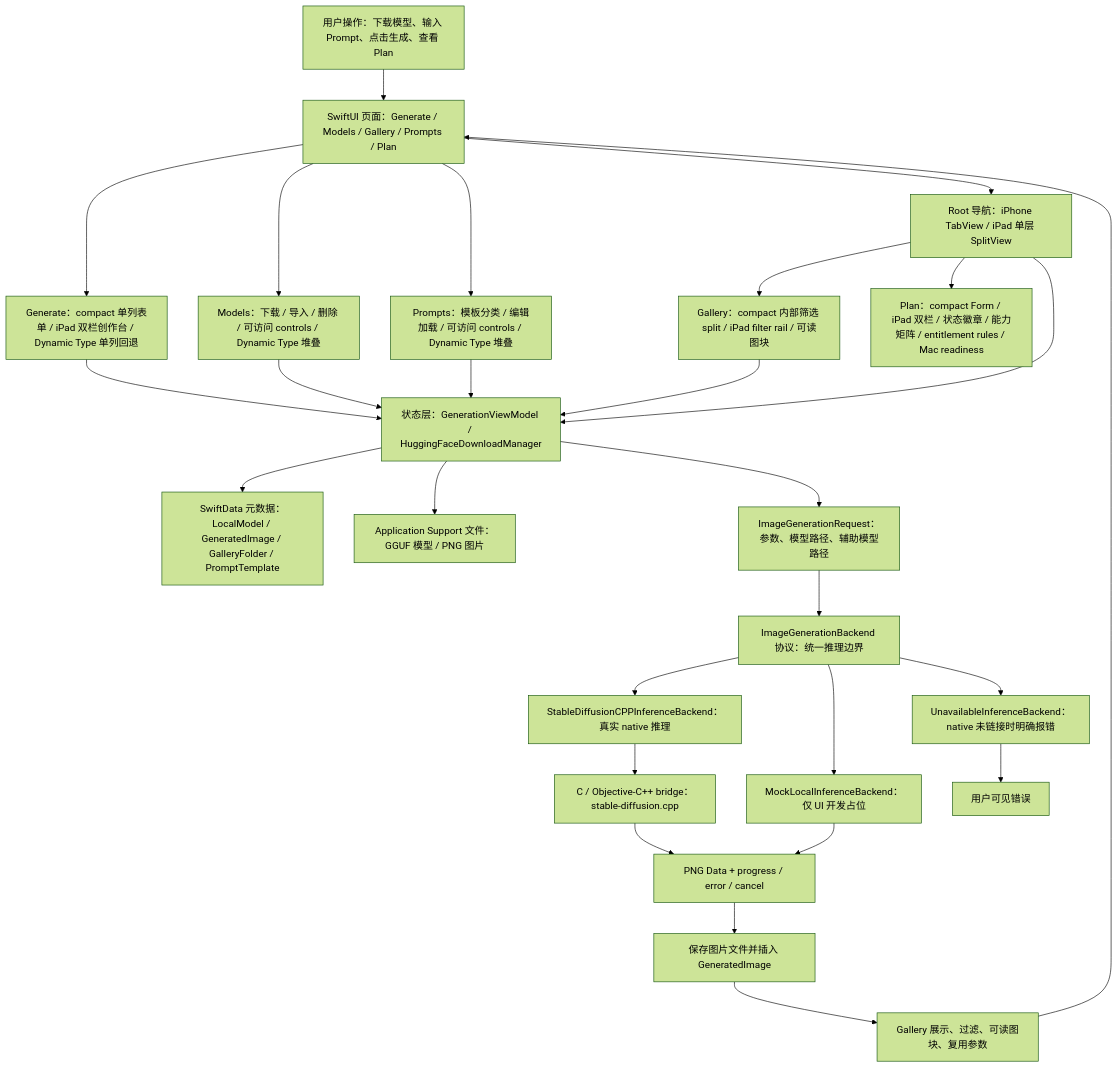
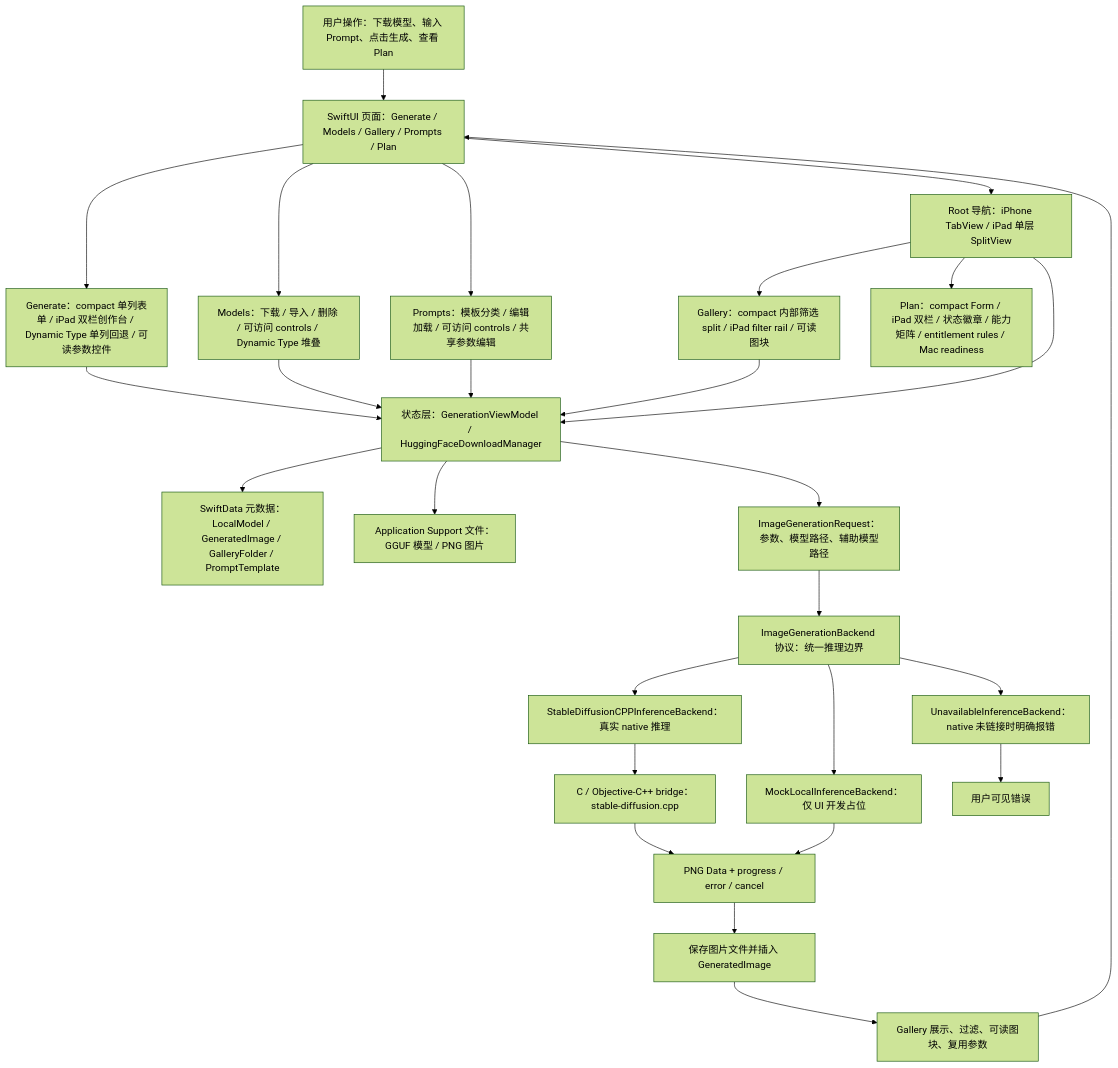
One commit to Altman-sam114/118 changed the first of 7 diagrams in md/flow/flowchart.md. Above: the diagram before and after it, drawn with Mermaid (forest theme). The commit also changed 5 other files, not shown here.

````diff
--- a/md/flow/flowchart.md
+++ b/md/flow/flowchart.md
@@ -9,29 +9,29 @@
 ```mermaid
 flowchart TD
   U["用户操作：下载模型、输入 Prompt、点击生成、查看 Plan"] --> UI["SwiftUI 页面：Generate / Models / Gallery / Prompts / Plan"]
-  UI --> GENUI["Generate：compact 单列表单 / iPad 双栏创作台 / Dynamic Type 单列回退"]
+  UI --> GENUI["Generate：compact 单列表单 / iPad 双栏创作台 / Dynamic Type 单列回退 / 可读参数控件"]
   UI --> MODELUI["Models：下载 / 导入 / 删除 / 可访问 controls / Dynamic Type 堆叠"]
-  UI --> PROMPTUI["Prompts：模板分类 / 编辑加载 / 可访问 controls / Dynamic Type 堆叠"]
+  UI --> PROMPTUI["Prompts：模板分类 / 编辑加载 / 可访问 controls / 共享参数编辑"]
   UI --> NAV["Root 导航：iPhone TabView / iPad 单层 SplitView"]
   NAV --> GALUI["Gallery：compact 内部筛选 split / iPad filter rail / 可读图块"]
   NAV --> PLANUI["Plan：compact Form / iPad 双栏 / 状态徽章 / 能力矩阵 / entitlement rules / Mac readiness"]
   NAV --> VM["状态层：GenerationViewModel / HuggingFaceDownloadManager"]
   GENUI --> VM
   MODELUI --> VM
   PROMPTUI --> VM
   GALUI --> VM
   VM --> SD["SwiftData 元数据：LocalModel / GeneratedImage / GalleryFolder / PromptTemplate"]
   VM --> FS["Application Support 文件：GGUF 模型 / PNG 图片"]
   VM --> REQ["ImageGenerationRequest：参数、模型路径、辅助模型路径"]
   REQ --> IFACE["ImageGenerationBackend 协议：统一推理边界"]
   IFACE --> NATIVE["StableDiffusionCPPInferenceBackend：真实 native 推理"]
   IFACE --> MOCK["MockLocalInferenceBackend：仅 UI 开发占位"]
   IFACE --> OFF["UnavailableInferenceBackend：native 未链接时明确报错"]
   NATIVE --> BRIDGE["C / Objective-C++ bridge：stable-diffusion.cpp"]
   BRIDGE --> PNG["PNG Data + progress / error / cancel"]
   MOCK --> PNG
   OFF --> ERR["用户可见错误"]
   PNG --> SAVE["保存图片文件并插入 GeneratedImage"]
   SAVE --> GALLERY["Gallery 展示、过滤、可读图块、复用参数"]
   GALLERY --> UI
 ```
````
